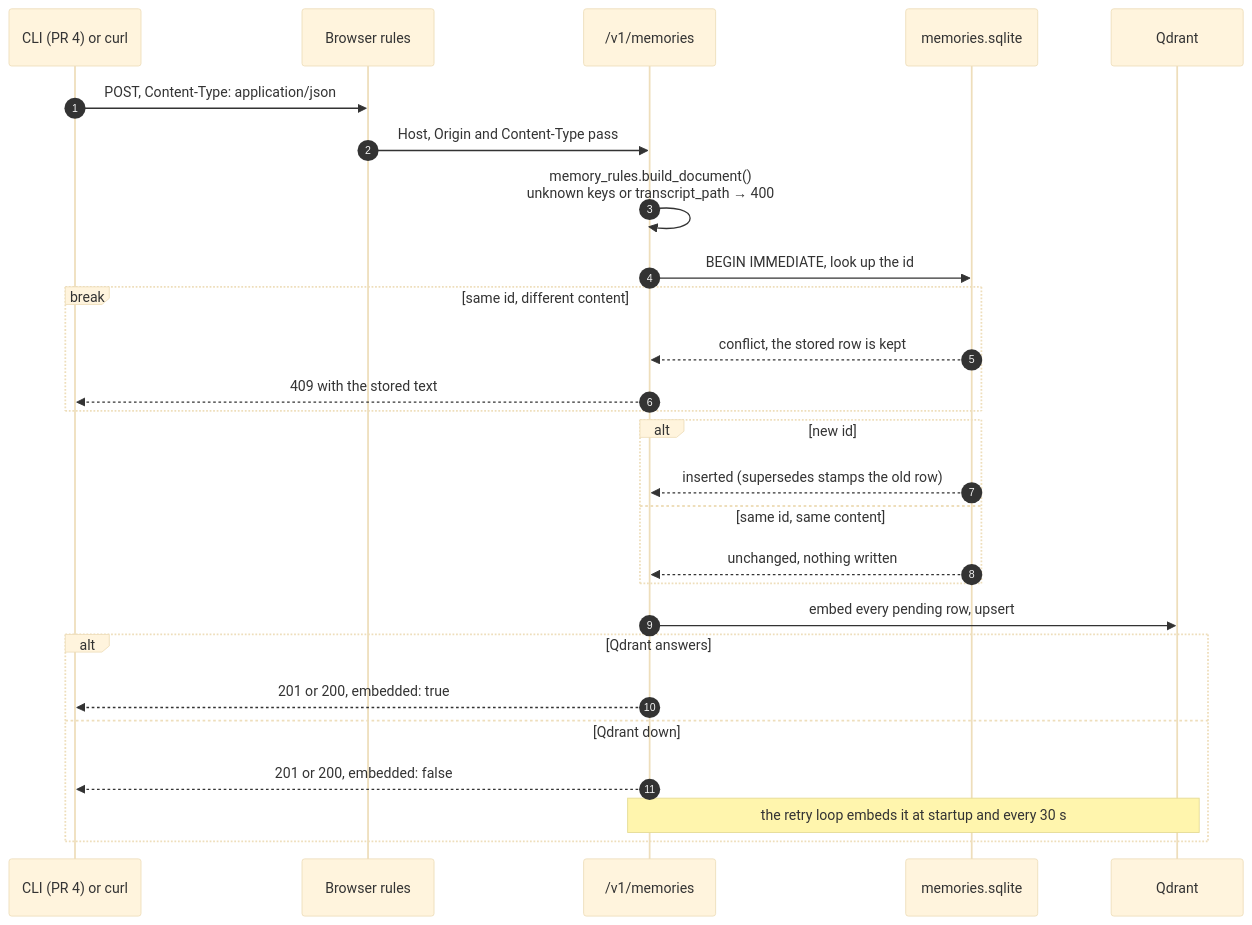
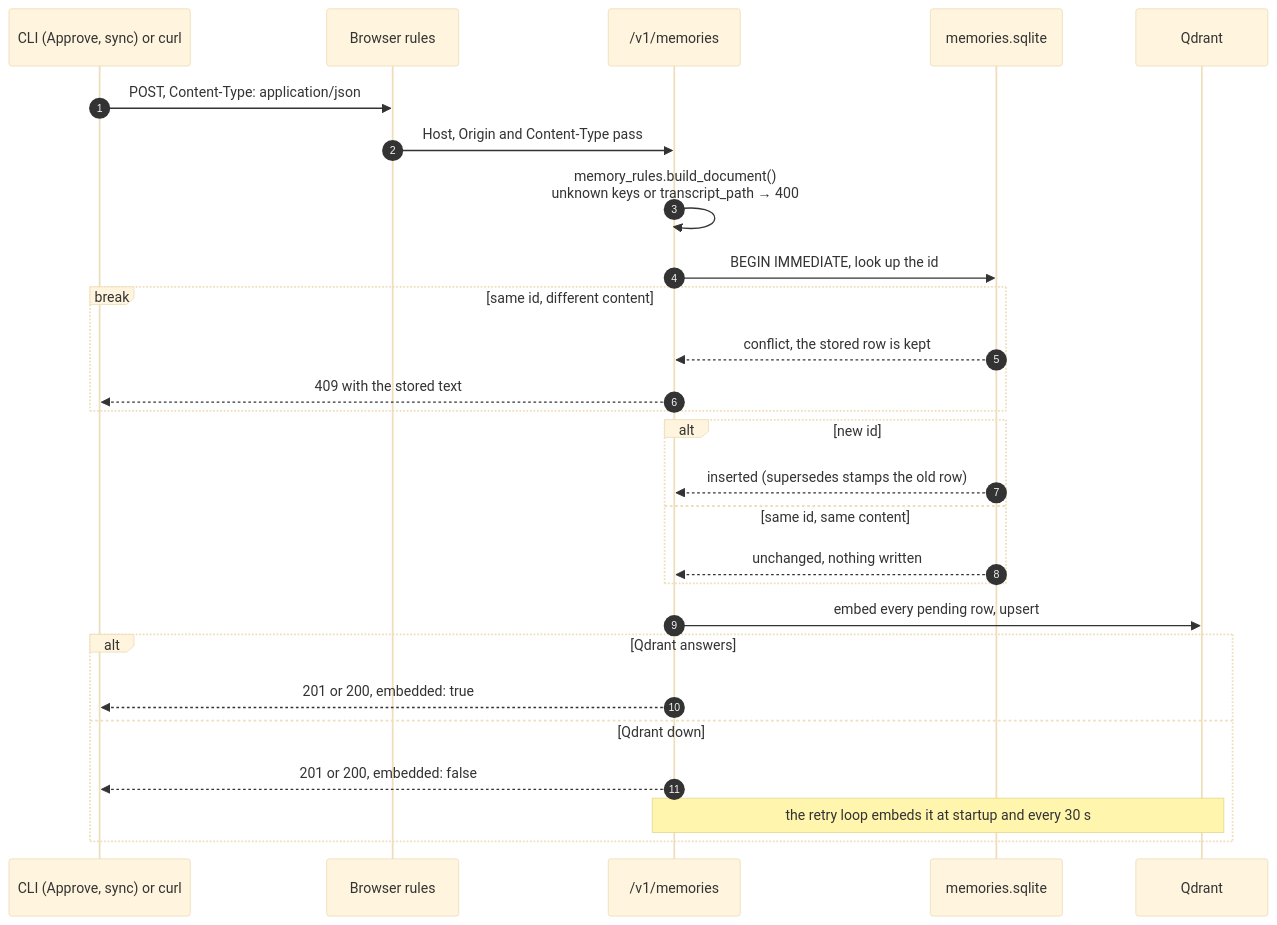
Before and after one commit to roune/agent-memory: the fifth of 7 diagrams in docs/server.md, drawn with Mermaid (base theme). The commit also changed other lines of this file and 20 other files, not shown here.

````diff
--- a/docs/server.md
+++ b/docs/server.md
@@ -168,29 +201,29 @@
 ```mermaid
 sequenceDiagram
   autonumber
-  participant C as CLI (PR 4) or curl
+  participant C as CLI (Approve, sync) or curl
   participant R as Browser rules
   participant A as /v1/memories
   participant S as memories.sqlite
   participant Q as Qdrant
   C->>R: POST, Content-Type: application/json
   R->>A: Host, Origin and Content-Type pass
   A->>A: memory_rules.build_document()<br/>unknown keys or transcript_path → 400
   A->>S: BEGIN IMMEDIATE, look up the id
   break same id, different content
     S-->>A: conflict, the stored row is kept
     A-->>C: 409 with the stored text
   end
   alt new id
     S-->>A: inserted (supersedes stamps the old row)
   else same id, same content
     S-->>A: unchanged, nothing written
   end
   A->>Q: embed every pending row, upsert
   alt Qdrant answers
     A-->>C: 201 or 200, embedded: true
   else Qdrant down
     A-->>C: 201 or 200, embedded: false
     Note over A,Q: the retry loop embeds it at startup and every 30 s
   end
 ```
````
